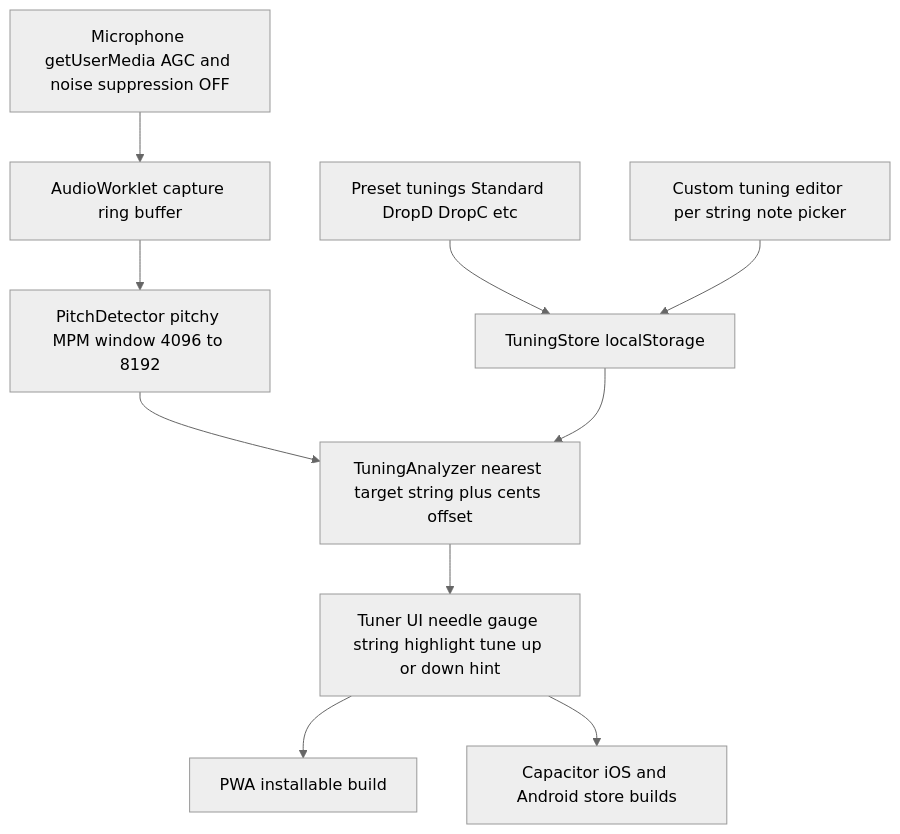
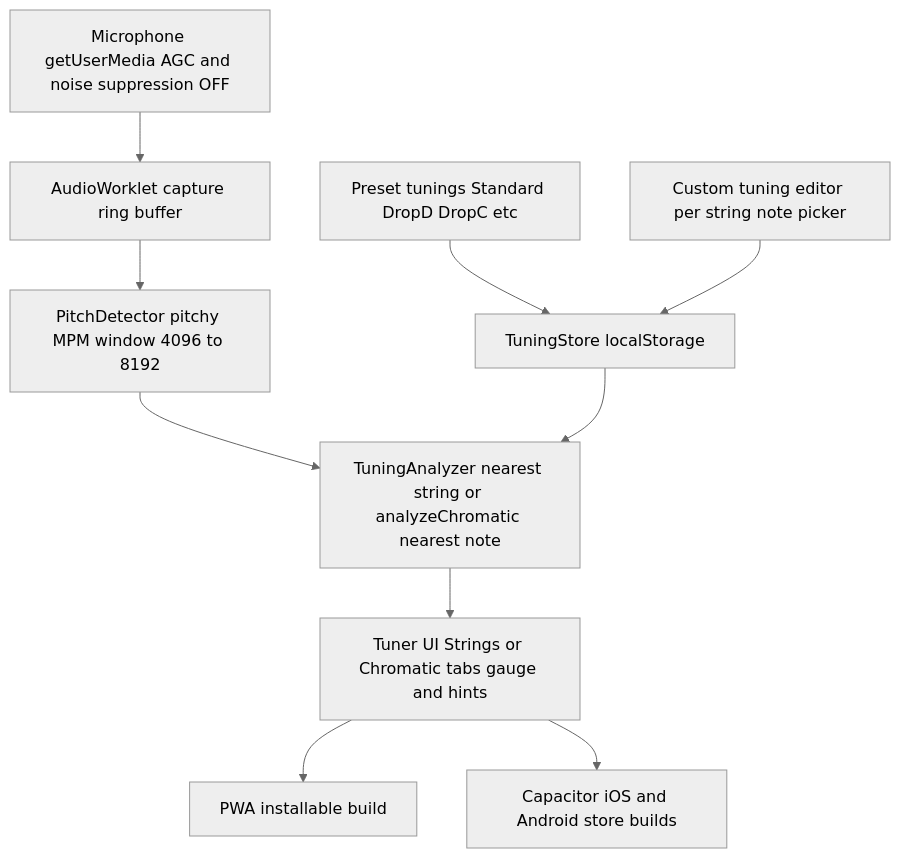
The diagram in docs/DEVELOPMENT_PLAN.md (BadKirill/anytune), drawn with Mermaid (neutral theme) before and after one commit. The commit also changed other lines of this file and 20 other files, not shown here.

First line of the commit message:
Add chromatic tuner tab with nearest-note analysis.

````diff
--- a/docs/DEVELOPMENT_PLAN.md
+++ b/docs/DEVELOPMENT_PLAN.md
@@ -63,12 +67,12 @@
 ```mermaid
 flowchart TD
     Mic[Microphone getUserMedia AGC and noise suppression OFF] --> Worklet[AudioWorklet capture ring buffer]
     Worklet --> Pitch[PitchDetector pitchy MPM window 4096 to 8192]
-    Pitch --> Analyzer[TuningAnalyzer nearest target string plus cents offset]
+    Pitch --> Analyzer[TuningAnalyzer nearest string or analyzeChromatic nearest note]
     Presets[Preset tunings Standard DropD DropC etc] --> Store
     Editor[Custom tuning editor per string note picker] --> Store[TuningStore localStorage]
     Store --> Analyzer
-    Analyzer --> UI[Tuner UI needle gauge string highlight tune up or down hint]
+    Analyzer --> UI[Tuner UI Strings or Chromatic tabs gauge and hints]
     UI --> PWA[PWA installable build]
     UI --> Cap[Capacitor iOS and Android store builds]
 ```
````
